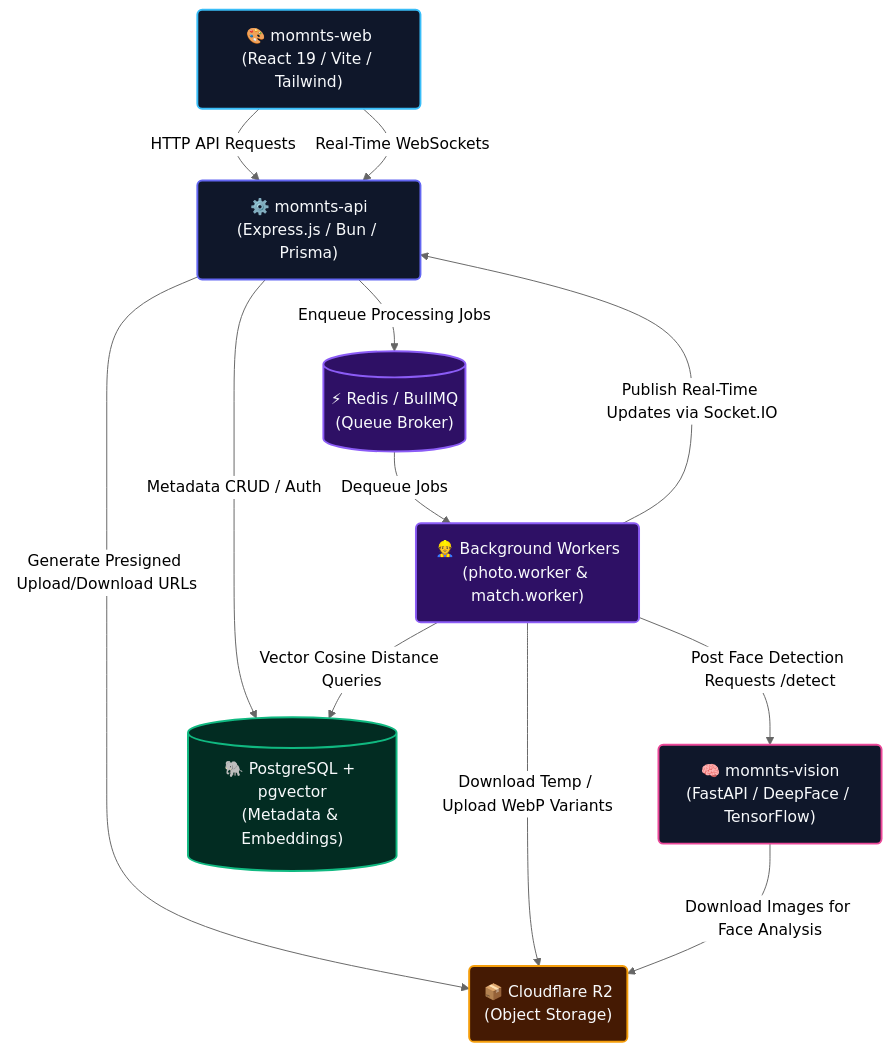
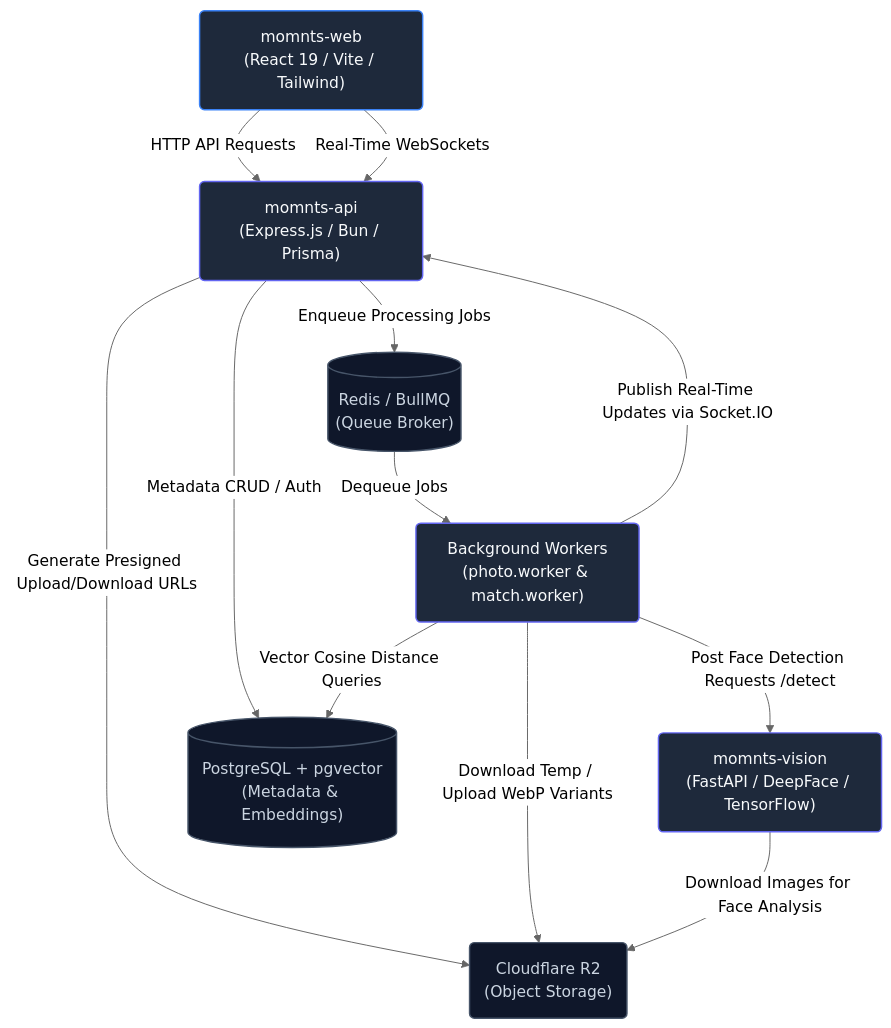
One commit to Asrar-Ahammad/momnts changed the first of 3 diagrams in README.md. Above: the diagram before and after it, drawn with Mermaid (neutral theme). The commit also changed other lines of this file, not shown here.

````diff
--- a/README.md
+++ b/README.md
@@ -29,35 +29,32 @@
 ```mermaid
 graph TD
     %% Styling definitions
-    classDef web fill:#0f172a,stroke:#38bdf8,stroke-width:2px,color:#f8fafc;
-    classDef api fill:#0f172a,stroke:#6366f1,stroke-width:2px,color:#f8fafc;
-    classDef vision fill:#0f172a,stroke:#ec4899,stroke-width:2px,color:#f8fafc;
-    classDef database fill:#022c22,stroke:#10b981,stroke-width:2px,color:#f8fafc;
-    classDef storage fill:#451a03,stroke:#f59e0b,stroke-width:2px,color:#f8fafc;
-    classDef queue fill:#2e1065,stroke:#8b5cf6,stroke-width:2px,color:#f8fafc;
+    classDef client fill:#1e293b,stroke:#3b82f6,stroke-width:1.5px,color:#f8fafc;
+    classDef app fill:#1e293b,stroke:#6366f1,stroke-width:1.5px,color:#f8fafc;
+    classDef infra fill:#0f172a,stroke:#475569,stroke-width:1.5px,color:#cbd5e1;
 
     %% Nodes
-    Web("🎨 momnts-web<br/>(React 19 / Vite / Tailwind)"):::web
-    API("⚙️ momnts-api<br/>(Express.js / Bun / Prisma)"):::api
-    Vision("🧠 momnts-vision<br/>(FastAPI / DeepFace / TensorFlow)"):::vision
-    DB[("🐘 PostgreSQL + pgvector<br/>(Metadata & Embeddings)")]:::database
-    R2("📦 Cloudflare R2<br/>(Object Storage)"):::storage
-    Redis[("⚡ Redis / BullMQ<br/>(Queue Broker)")]:::queue
-    Worker("👷 Background Workers<br/>(photo.worker & match.worker)"):::queue
+    Web("momnts-web<br/>(React 19 / Vite / Tailwind)"):::client
+    API("momnts-api<br/>(Express.js / Bun / Prisma)"):::app
+    Vision("momnts-vision<br/>(FastAPI / DeepFace / TensorFlow)"):::app
+    DB[("PostgreSQL + pgvector<br/>(Metadata & Embeddings)")]:::infra
+    R2("Cloudflare R2<br/>(Object Storage)"):::infra
+    Redis[("Redis / BullMQ<br/>(Queue Broker)")]:::infra
+    Worker("Background Workers<br/>(photo.worker & match.worker)"):::app
 
     %% Connections
     Web -->|HTTP API Requests| API
     Web -->|Real-Time WebSockets| API
     
     API -->|Metadata CRUD / Auth| DB
     API -->|Generate Presigned Upload/Download URLs| R2
     API -->|Enqueue Processing Jobs| Redis
     
     Redis -->|Dequeue Jobs| Worker
     Worker -->|Download Temp / Upload WebP Variants| R2
     Worker -->|Post Face Detection Requests /detect| Vision
     Worker -->|Vector Cosine Distance Queries| DB
     Worker -->|Publish Real-Time Updates via Socket.IO| API
     
     Vision -->|Download Images for Face Analysis| R2
 ```
````
